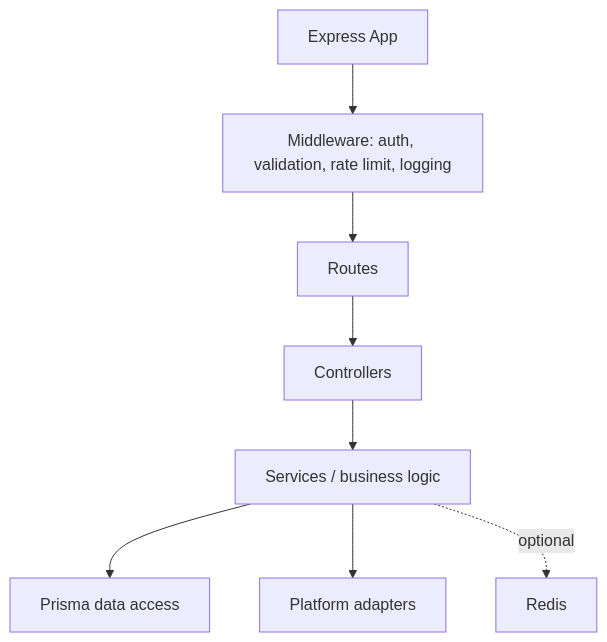
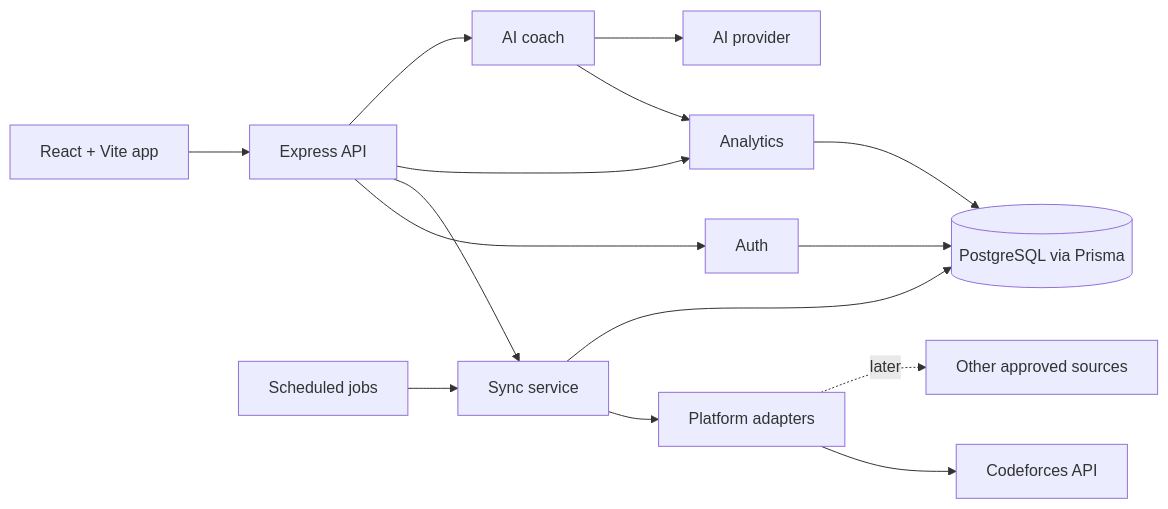
Before and after one commit to ishendrarai/CodeONE: the second of 2 diagrams in README.md, drawn with Mermaid. The commit also changed other lines of this file and 66 other files, not shown here.

````diff
--- a/README.md
+++ b/README.md
@@ -368,11 +132,17 @@
 ```mermaid
-flowchart TB
-    API[Express App]
-    API --> MW[Middleware: auth, validation, rate limit, logging]
-    MW --> Routes[Routes]
-    Routes --> Controllers[Controllers]
-    Controllers --> Services[Services / business logic]
-    Services --> Prisma[Prisma data access]
-    Services --> Adapters[Platform adapters]
-    Services -. optional .-> Cache[Redis]
+flowchart LR
+    UI[React + Vite app] --> API[Express API]
+    API --> AUTH[Auth]
+    API --> SYNC[Sync service]
+    API --> ANALYTICS[Analytics]
+    API --> COACH[AI coach]
+    SYNC --> ADAPTERS[Platform adapters]
+    ADAPTERS --> CF[Codeforces API]
+    ADAPTERS -. later .-> OTHERS[Other approved sources]
+    COACH --> ANALYTICS
+    COACH --> LLM[AI provider]
+    AUTH --> DB[(PostgreSQL via Prisma)]
+    SYNC --> DB
+    ANALYTICS --> DB
+    JOBS[Scheduled jobs] --> SYNC
 ```
````
